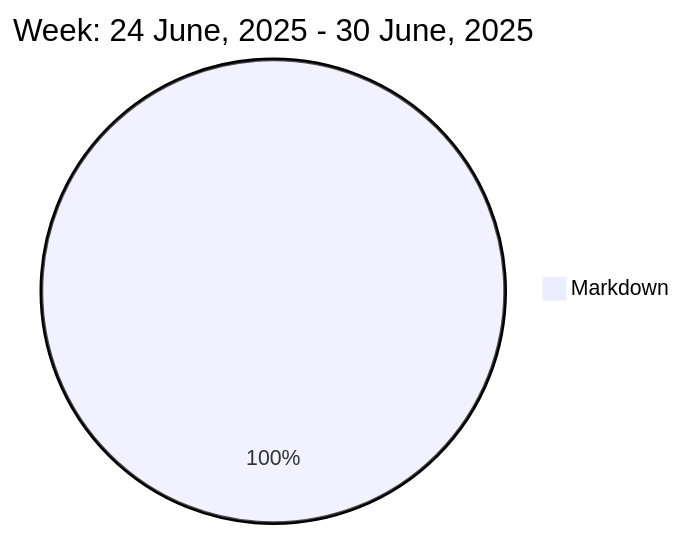
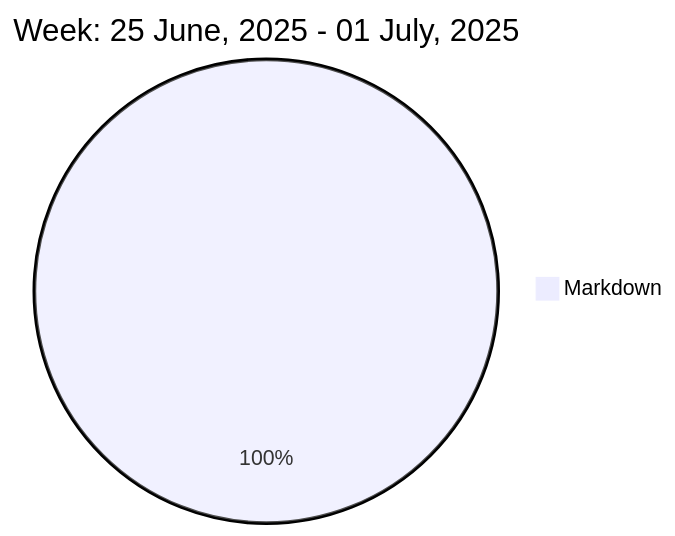
The diagram in README.md (liubin95/liubin95), drawn with Mermaid before and after one commit.

Commit message:
Updated the Graph with new Metrics

````diff
--- a/README.md
+++ b/README.md
@@ -37,5 +37,5 @@
 ```mermaid
  pie
-title Week: 24 June, 2025 - 30 June, 2025
- "Markdown" : 3.28
+title Week: 25 June, 2025 - 01 July, 2025
+ "Markdown" : 3.88
 ```
````
